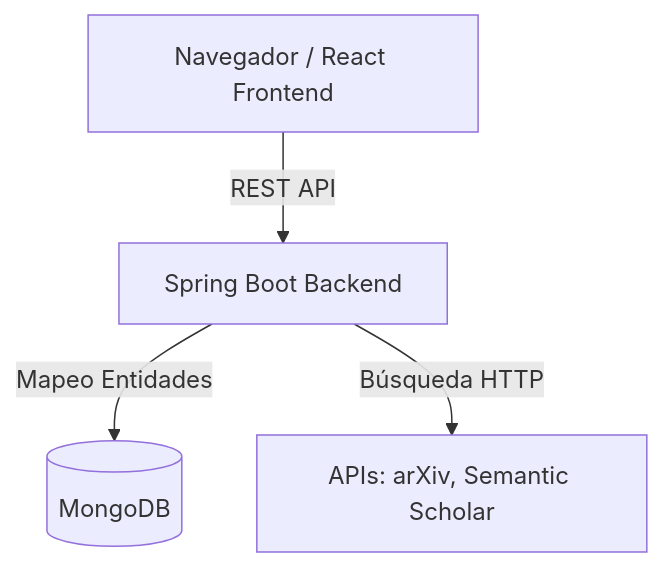
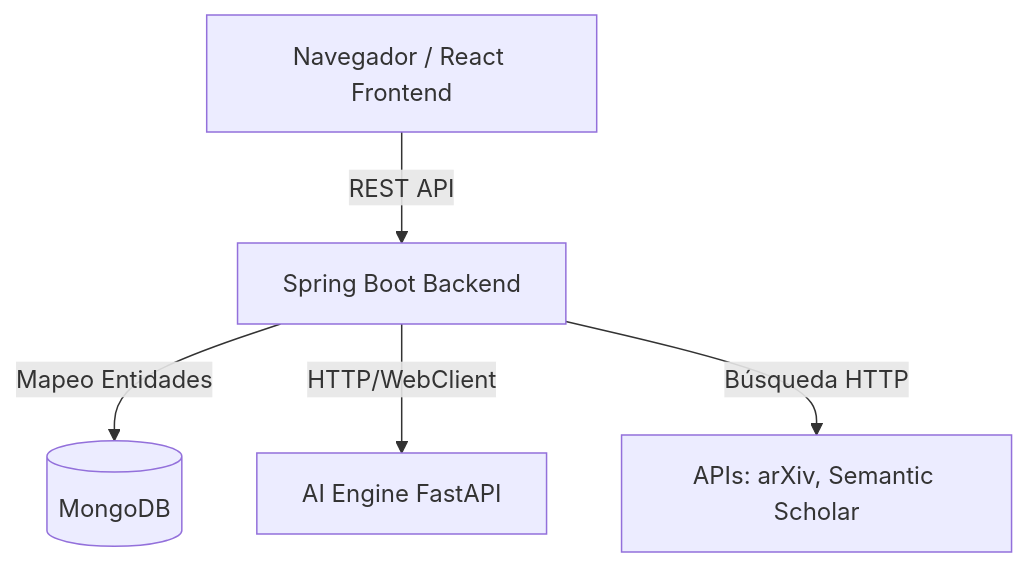
The diagram in README.md (Casb29XD/proyecto), drawn with Mermaid before and after one commit. The commit also changed other lines of this file and 4 other files, not shown here.

````diff
--- a/README.md
+++ b/README.md
@@ -18,6 +19,7 @@
 ```mermaid
 graph TD
     Client[Navegador / React Frontend] --> |REST API| API[Spring Boot Backend]
     API --> |Mapeo Entidades| Mongo[(MongoDB)]
+    API --> |HTTP/WebClient| AI[AI Engine FastAPI]
     API --> |Búsqueda HTTP| ExternalAPIs[APIs: arXiv, Semantic Scholar]
 ```
````
